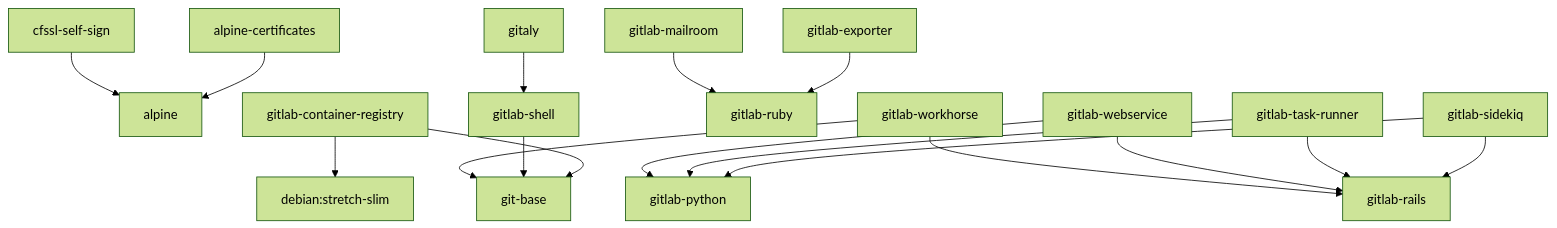
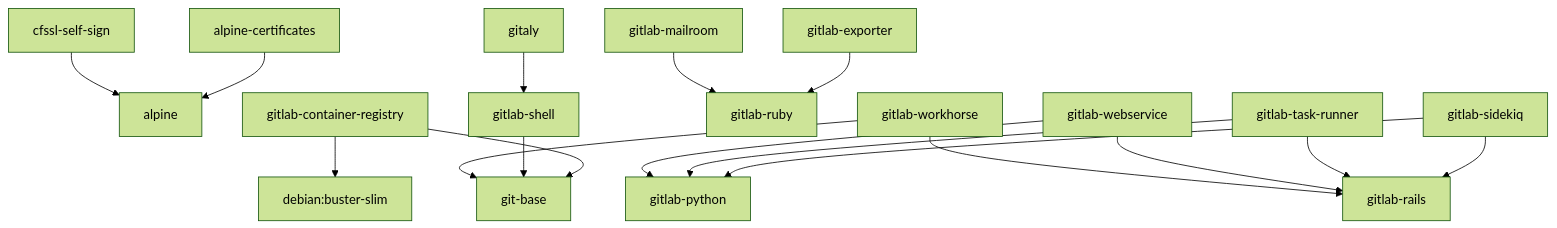
The second of 2 diagrams in docs/build.md (tachyons/gitlab-pages), drawn with Mermaid (forest theme) before and after one commit. The commit also changed other lines of this file and 7 other files, not shown here.

First line of the commit message:
Move to Debian Buster

````diff
--- a/docs/build.md
+++ b/docs/build.md
@@ -162,19 +162,19 @@
 ```mermaid
 graph TD;
   alpine-certificates-->alpine;
   cfssl-self-sign-->alpine;
   gitaly-->gitlab-shell;
-  gitlab-container-registry-->debian:stretch-slim;
+  gitlab-container-registry-->debian:buster-slim;
   gitlab-container-registry-->git-base;
   gitlab-exporter-->gitlab-ruby;
   gitlab-mailroom-->gitlab-ruby;
   gitlab-shell-->git-base;
   gitlab-sidekiq-->gitlab-python;
   gitlab-sidekiq-->gitlab-rails;
   gitlab-task-runner-->gitlab-rails;
   gitlab-task-runner-->gitlab-python;
   gitlab-webservice-->gitlab-python;
   gitlab-webservice-->gitlab-rails;
   gitlab-workhorse-->gitlab-rails;
   gitlab-workhorse-->git-base;
 ```
````
